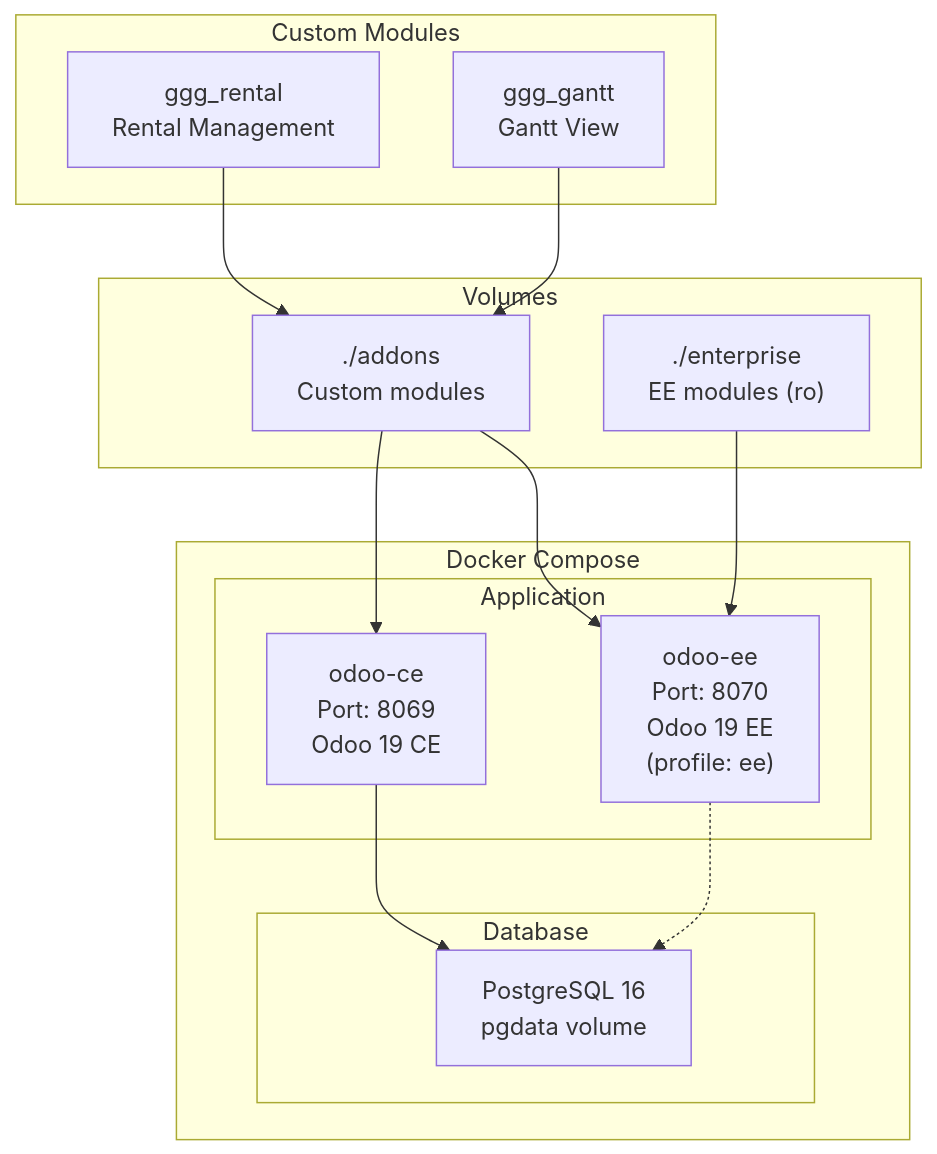
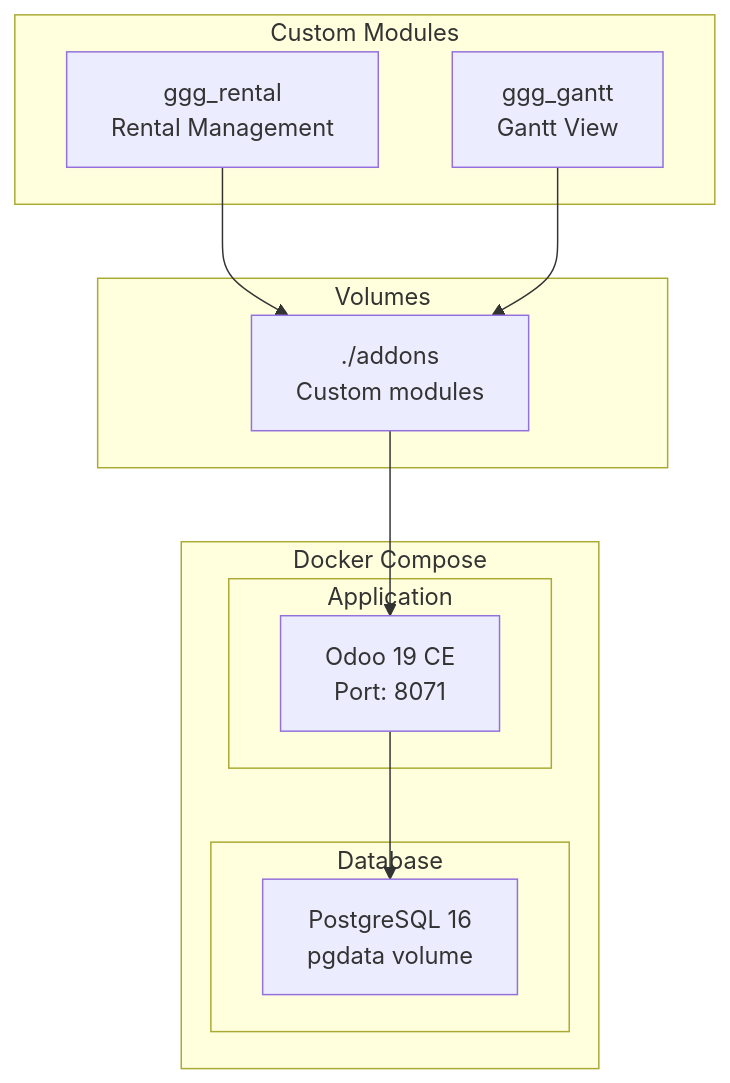
Before and after one commit to kenghot-king/kp-rental-system: diagram 11 of 11 in documents/EA.md, drawn with Mermaid. The commit also changed 1 other file, not shown here.

````diff
--- a/documents/EA.md
+++ b/documents/EA.md
@@ -370,33 +370,28 @@
 ```mermaid
 graph TB
     subgraph "Docker Compose"
         subgraph "Application"
-            CE["odoo-ce<br/>Port: 8069<br/>Odoo 19 CE"]
-            EE["odoo-ee<br/>Port: 8070<br/>Odoo 19 EE<br/>(profile: ee)"]
+            CE["Odoo 19 CE<br/>Port: 8071"]
         end
 
         subgraph "Database"
             PG["PostgreSQL 16<br/>pgdata volume"]
         end
 
         CE --> PG
-        EE -.-> PG
     end
 
     subgraph "Volumes"
         ADDONS["./addons<br/>Custom modules"]
-        ENT["./enterprise<br/>EE modules (ro)"]
     end
 
     ADDONS --> CE
-    ADDONS --> EE
-    ENT --> EE
 
     subgraph "Custom Modules"
         GR["ggg_rental<br/>Rental Management"]
         GG["ggg_gantt<br/>Gantt View"]
     end
 
     GR --> ADDONS
     GG --> ADDONS
 ```
````
